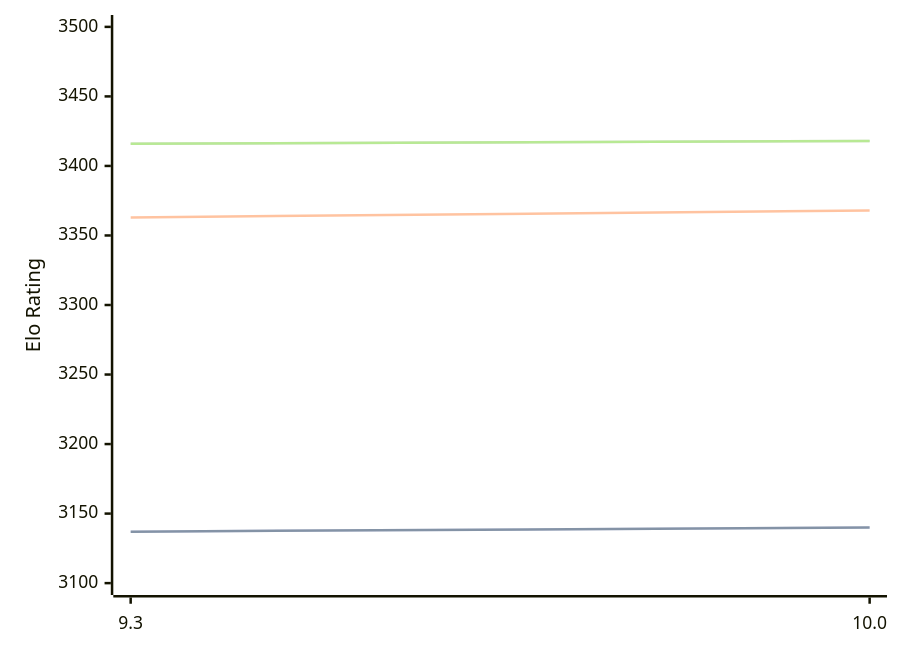
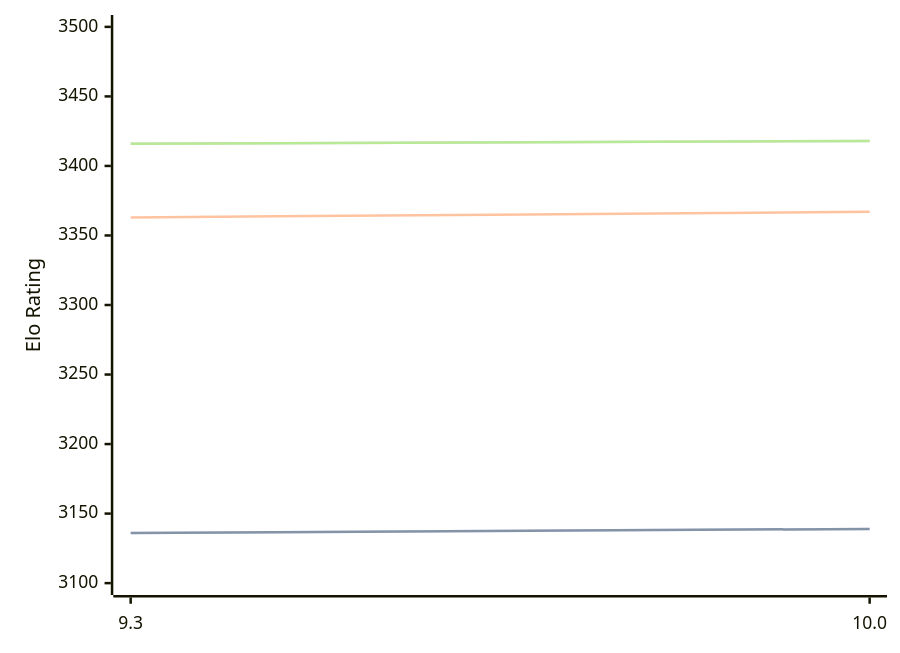
One commit to computer-chess-index/cci changed the diagram in engines/Fire.md. Above: the diagram before and after it, drawn with Mermaid. The commit also changed other lines of this file, not shown here.

````diff
--- a/engines/Fire.md
+++ b/engines/Fire.md
@@ -47,11 +47,11 @@
 ```mermaid
 %%{init: {"theme":"base","themeVariables":{"seriesColors:['#a3a3a3','#222221','#faa371']}}}%%
 xychart-beta
   x-axis ["9.3", "10.0"]
   y-axis "Elo Rating" 3100 --> 3500
-  line "STC (8.0+0.08s)" [3137, 3140]
-  line "STC (8.0+0.08s)" [3137, 3140]
-  line "LTC (60.0+0.60s)" [3363, 3368]
+  line "STC (8.0+0.08s)" [3136, 3139]
+  line "STC (8.0+0.08s)" [3136, 3139]
+  line "LTC (60.0+0.60s)" [3363, 3367]
   line "VLTC (2m24s+1.12s)" [3416, 3418]
   line "VLTC (2m24s+1.12s)" [3416, 3418]
 ```
````
